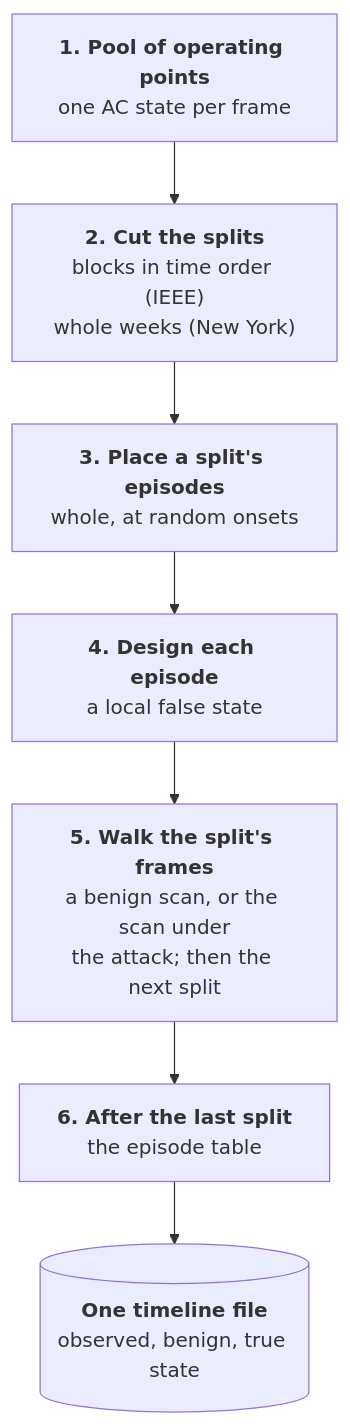
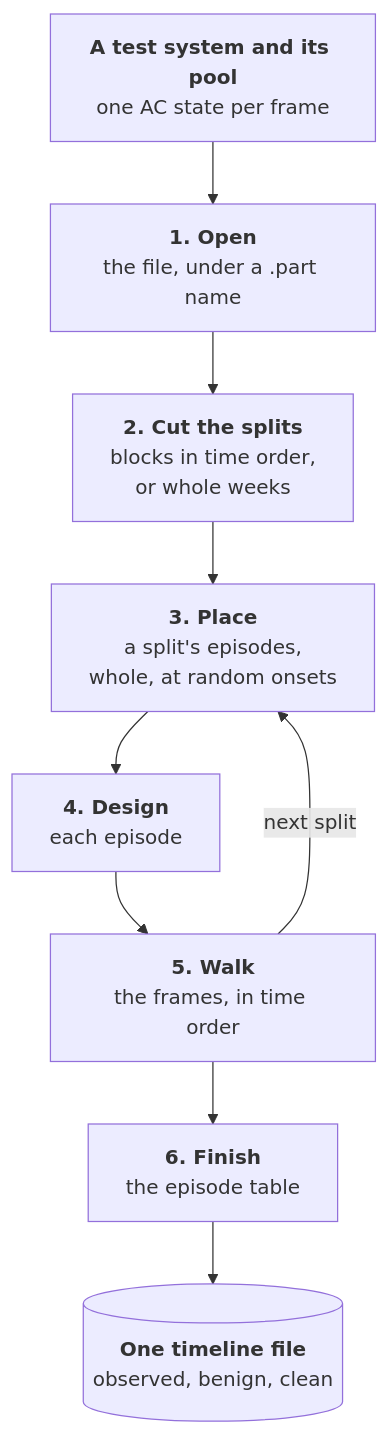
Before and after one commit to myersben9/fdia-graph: the diagram in docs/figures/diagrams/generation_flow.mmd, drawn with Mermaid. The commit also changed 46 other files, not shown here.

First line of the commit message:
Docs: one generation guide for every test system, concept pages and tutorials (#262)

```diff
--- a/docs/figures/diagrams/generation_flow.mmd
+++ b/docs/figures/diagrams/generation_flow.mmd
@@ -1,19 +1,22 @@
 flowchart TB
-    pool["`**1. Pool of operating points**
+    pool["`**A test system and its pool**
     one AC state per frame`"]
+    open["`**1. Open**
+    the file, under a .part name`"]
     cut["`**2. Cut the splits**
-    blocks in time order (IEEE)
-    whole weeks (New York)`"]
-    place["`**3. Place a split's episodes**
+    blocks in time order,
+    or whole weeks`"]
+    place["`**3. Place**
+    a split's episodes,
     whole, at random onsets`"]
-    design["`**4. Design each episode**
-    a local false state`"]
-    walk["`**5. Walk the split's frames**
-    a benign scan, or the scan under
-    the attack; then the next split`"]
-    after["`**6. After the last split**
+    design["`**4. Design**
+    each episode`"]
+    walk["`**5. Walk**
+    the frames, in time order`"]
+    finish["`**6. Finish**
     the episode table`"]
     file[("`**One timeline file**
-    observed, benign, true state`")]
-    pool --> cut --> place --> design --> walk
-    walk --> after --> file
+    observed, benign, clean`")]
+    pool --> open --> cut --> place --> design --> walk
+    walk -- "next split" --> place
+    walk --> finish --> file
```
